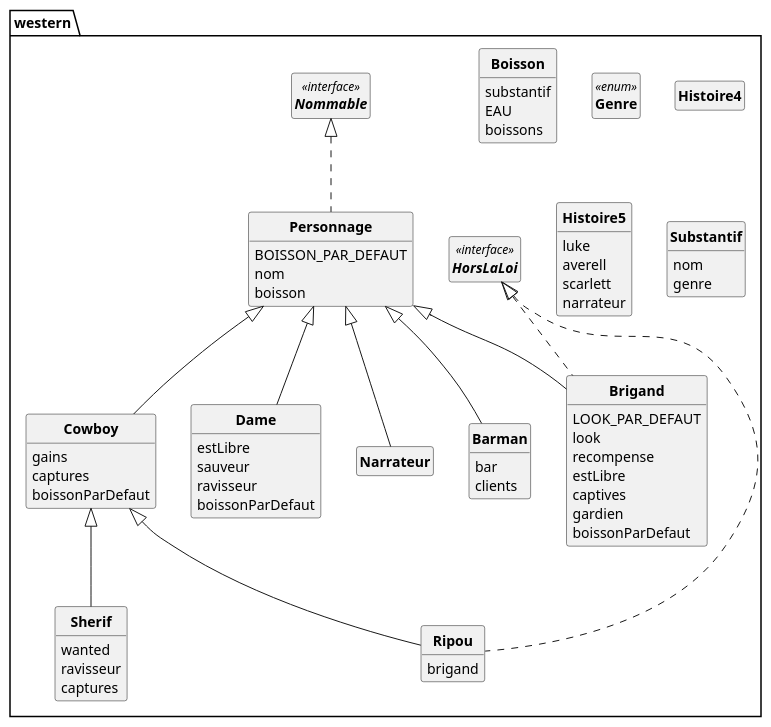
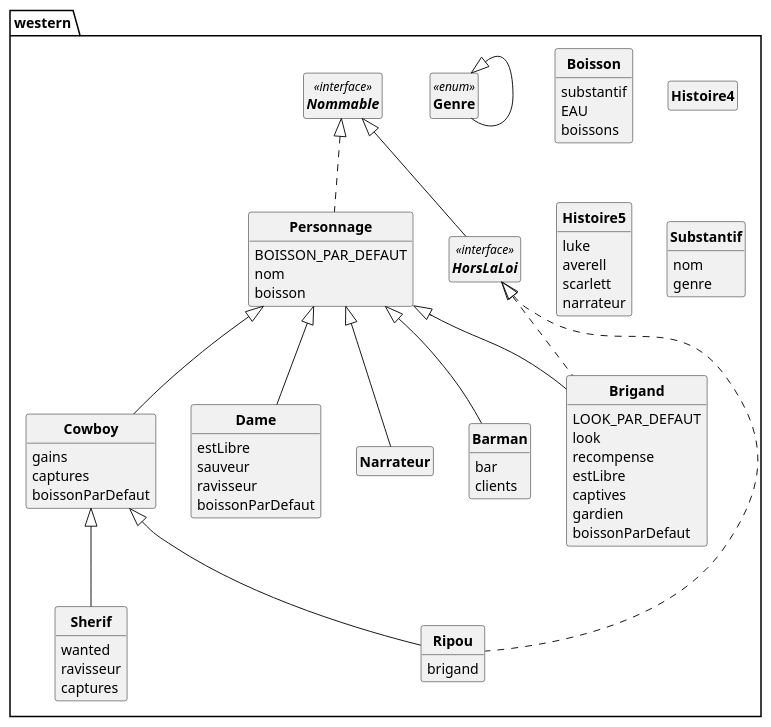
Before and after one commit to D3B1RUM4N/PumlFromJava: the diagram in pumlCode.puml, drawn with PlantUML. The commit also changed 5 other files, not shown here.

```diff
--- a/pumlCode.puml
+++ b/pumlCode.puml
@@ -1,105 +1,105 @@
 @startuml
 
 'UML GENERE PAR CODE :)
 
 skinparam style strictuml
 skinparam classAttributeIconSize 0
 skinparam classFontStyle Bold
 hide empty members
 
 PACKAGE western{
 	CLASS Barman  extends western.Personnage {
 		bar
 		clients
 	}
 
 
 	CLASS Boisson  {
 		substantif
 		EAU
 		boissons
 	}
 
 
 	CLASS Brigand  extends western.Personnage implements western.HorsLaLoi {
 		LOOK_PAR_DEFAUT
 		look
 		recompense
 		estLibre
 		captives
 		gardien
 		boissonParDefaut
 	}
 
 
 	CLASS Cowboy  extends western.Personnage {
 		gains
 		captures
 		boissonParDefaut
 	}
 
 
 	CLASS Dame  extends western.Personnage {
 		estLibre
 		sauveur
 		ravisseur
 		boissonParDefaut
 	}
 
 
-	ENUM Genre<<enum>>{
+	ENUM Genre<<enum>> extends western.Genre{
 
 	}
 
 	CLASS Histoire4  {
 	}
 
 
 	CLASS Histoire5  {
 		luke
 		averell
 		scarlett
 		narrateur
 	}
 
 
-	INTERFACE HorsLaLoi<<interface>>{
+	INTERFACE HorsLaLoi <<interface>>  implements western.Nommable{
 
 	}
 
 	CLASS Narrateur  extends western.Personnage {
 	}
 
 
-	INTERFACE Nommable<<interface>>{
+	INTERFACE Nommable <<interface>> {
 
 	}
 
 	CLASS Personnage  implements western.Nommable {
 		BOISSON_PAR_DEFAUT
 		nom
 		boisson
 	}
 
 
 	CLASS Ripou  extends western.Cowboy implements western.HorsLaLoi {
 		brigand
 	}
 
 
 	CLASS Sherif  extends western.Cowboy {
 		wanted
 		ravisseur
 		captures
 	}
 
 
 	CLASS Substantif  {
 		nom
 		genre
 	}
 
 
 
 }
 @enduml
```
